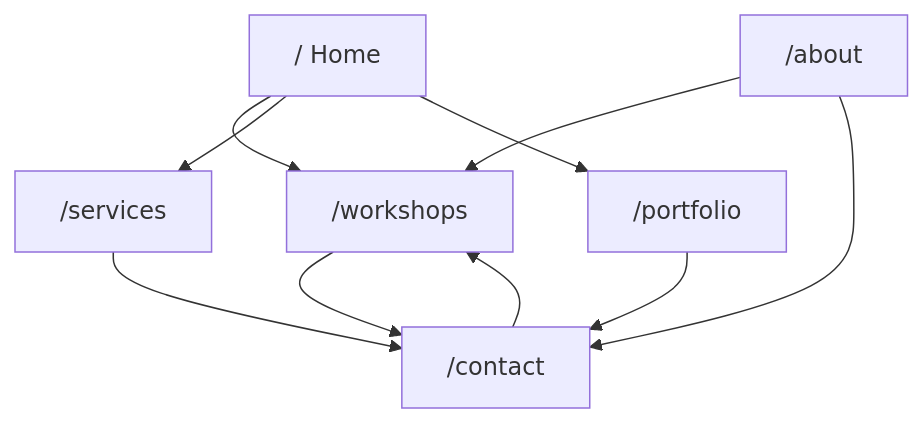
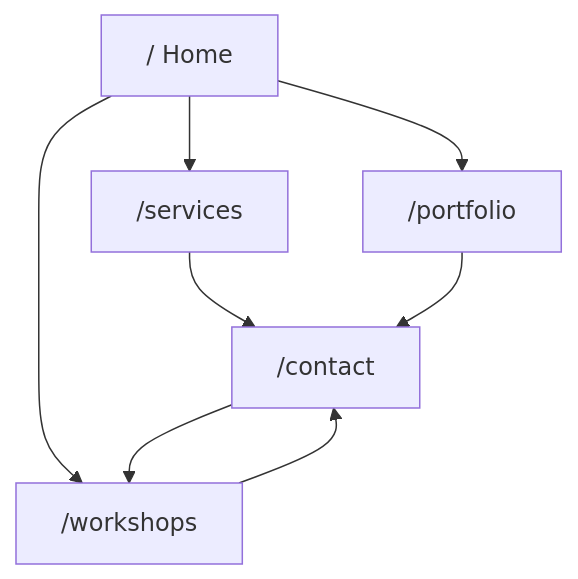
The diagram in docs/README.md (renatusco-ai/website_host), drawn with Mermaid before and after one commit. The commit also changed other lines of this file and 24 other files, not shown here.

First line of the commit message:
Remove About, reframe Workshops for companies, and polish site copy.

````diff
--- a/docs/README.md
+++ b/docs/README.md
@@ -31,12 +31,10 @@
 ```mermaid
 flowchart TD
-  Home["/ Home"] --> Workshops["/workshops"]
-  Home --> Services["/services"]
+  Home["/ Home"] --> Services["/services"]
   Home --> Portfolio["/portfolio"]
+  Home --> Workshops["/workshops"]
   Workshops --> Contact["/contact"]
   Services --> Contact
   Portfolio --> Contact
-  About["/about"] --> Workshops
-  About --> Contact
   Contact --> Workshops
 ```
````
